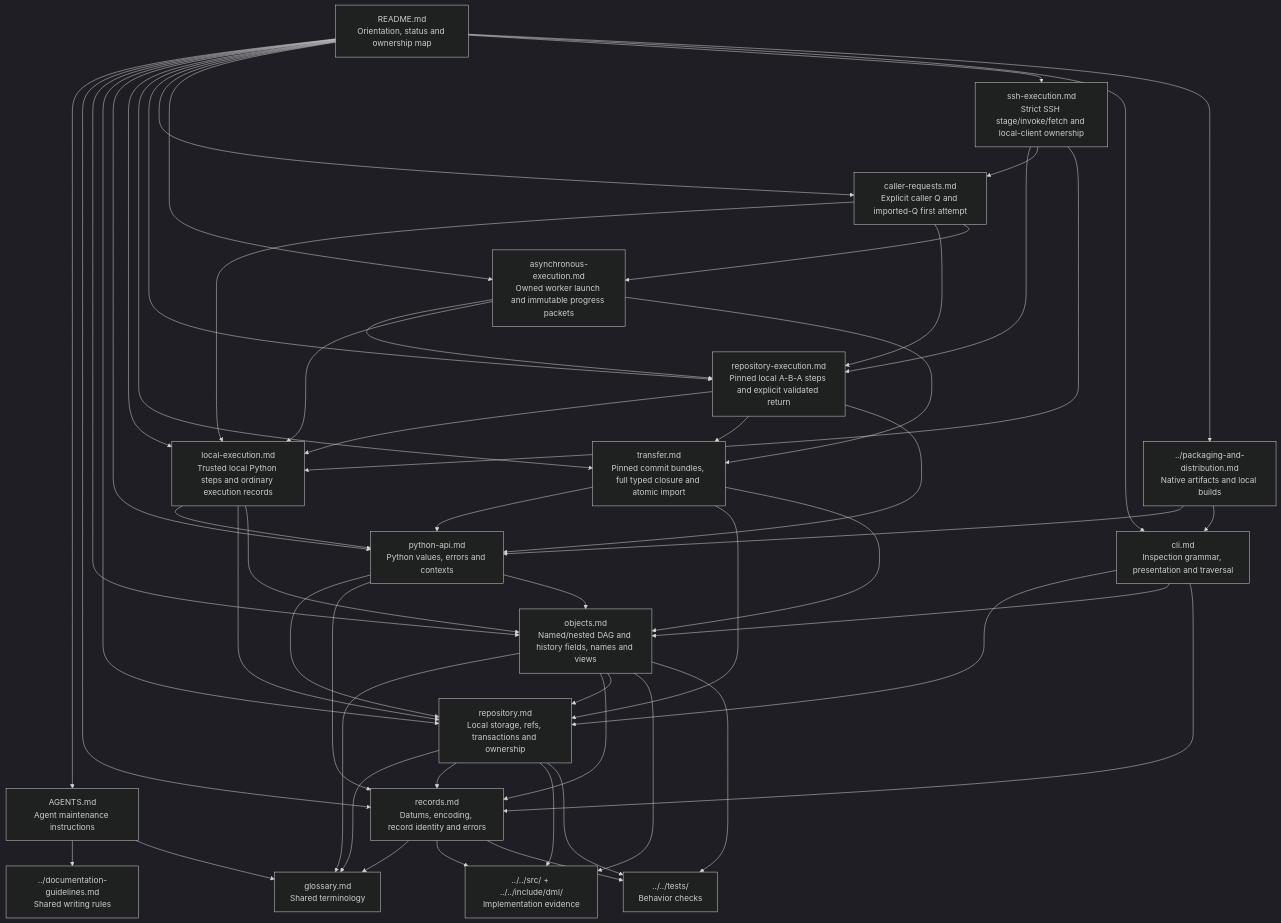
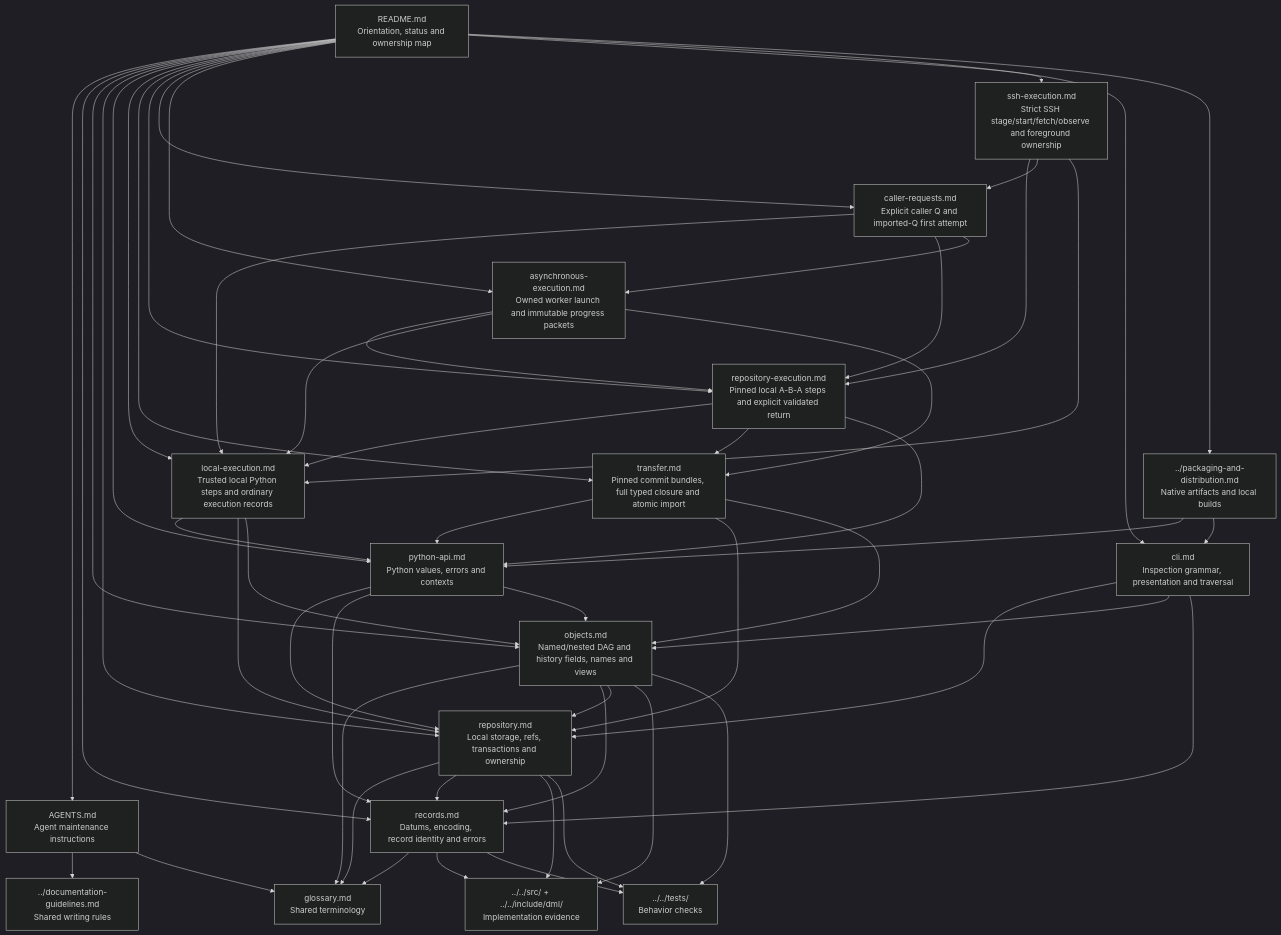
One commit to micha/dml changed the diagram in docs/spec-next/README.md. Above: the diagram before and after it, drawn with Mermaid (dark theme). The commit also changed other lines of this file and 23 other files, not shown here.

First line of the commit message:
Observe asynchronous SSH execution through pinned snapshots

````diff
--- a/docs/spec-next/README.md
+++ b/docs/spec-next/README.md
@@ -35,74 +35,74 @@
 ```mermaid
 flowchart TD
     README["README.md<br/>Orientation, status and ownership map"]
     AGENTS["AGENTS.md<br/>Agent maintenance instructions"]
     GUIDE["../documentation-guidelines.md<br/>Shared writing rules"]
     GLOSSARY["glossary.md<br/>Shared terminology"]
     RECORDS["records.md<br/>Datums, encoding, record identity and errors"]
     OBJECTS["objects.md<br/>Named/nested DAG and history fields, names and views"]
     REPO["repository.md<br/>Local storage, refs, transactions and ownership"]
     PY["python-api.md<br/>Python values, errors and contexts"]
     LOCAL["local-execution.md<br/>Trusted local Python steps and ordinary execution records"]
     TRANSFER["transfer.md<br/>Pinned commit bundles, full typed closure and atomic import"]
     EXCHANGE["repository-execution.md<br/>Pinned local A-B-A steps and explicit validated return"]
     REQUEST["caller-requests.md<br/>Explicit caller Q and imported-Q first attempt"]
     ASYNC["asynchronous-execution.md<br/>Owned worker launch and immutable progress packets"]
-    SSH["ssh-execution.md<br/>Strict SSH stage/invoke/fetch and local-client ownership"]
+    SSH["ssh-execution.md<br/>Strict SSH stage/start/fetch/observe and foreground ownership"]
     CLI["cli.md<br/>Inspection grammar, presentation and traversal"]
     PACK["../packaging-and-distribution.md<br/>Native artifacts and local builds"]
     CODE["../../src/ + ../../include/dml/<br/>Implementation evidence"]
     TESTS["../../tests/<br/>Behavior checks"]
     README --> AGENTS
     README --> RECORDS
     README --> OBJECTS
     README --> REPO
     README --> PY
     README --> LOCAL
     README --> TRANSFER
     README --> EXCHANGE
     EXCHANGE --> LOCAL
     EXCHANGE --> TRANSFER
     EXCHANGE --> PY
     README --> REQUEST
     REQUEST --> LOCAL
     REQUEST --> EXCHANGE
     REQUEST --> ASYNC
     README --> ASYNC
     ASYNC --> EXCHANGE
     ASYNC --> LOCAL
     ASYNC --> TRANSFER
     README --> SSH
     SSH --> EXCHANGE
     SSH --> REQUEST
     SSH --> LOCAL
     README --> CLI
     README --> PACK
     PY --> REPO
     PY --> RECORDS
     PY --> OBJECTS
     LOCAL --> PY
     LOCAL --> REPO
     LOCAL --> OBJECTS
     TRANSFER --> PY
     TRANSFER --> REPO
     TRANSFER --> OBJECTS
     CLI --> REPO
     CLI --> OBJECTS
     CLI --> RECORDS
     PACK --> PY
     PACK --> CLI
     AGENTS --> GUIDE
     AGENTS --> GLOSSARY
     RECORDS --> GLOSSARY
     OBJECTS --> GLOSSARY
     OBJECTS --> RECORDS
     OBJECTS --> REPO
     OBJECTS --> CODE
     OBJECTS --> TESTS
     REPO --> GLOSSARY
     REPO --> RECORDS
     RECORDS --> CODE
     RECORDS --> TESTS
     REPO --> CODE
     REPO --> TESTS
 ```
````
